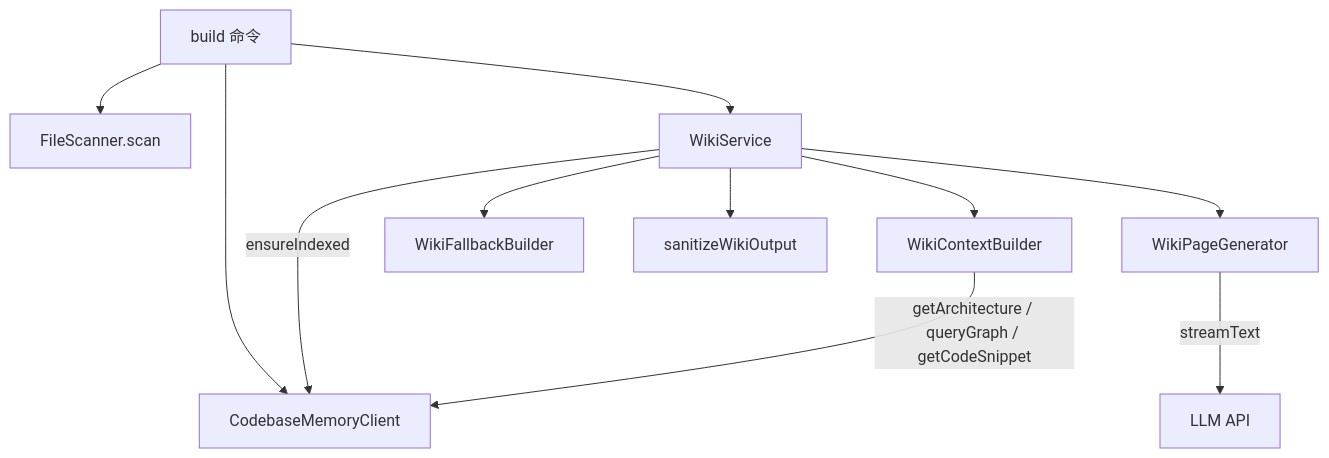
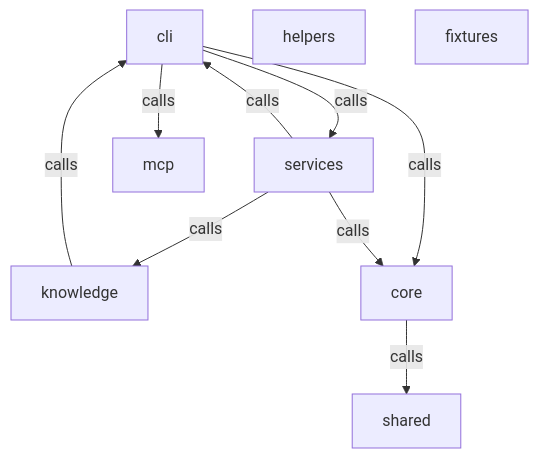
Before and after one commit to shawicx/scx-wiki-agent: the diagram in .wiki/02-architecture/architecture.md, drawn with Mermaid. The commit also changed other lines of this file and 48 other files, not shown here.

Commit message:
feat: 引入证据锚定、薄证据补强与图表闸门等 wiki 质量机制并清理旧管线死代码

````diff
--- a/.wiki/02-architecture/architecture.md
+++ b/.wiki/02-architecture/architecture.md
@@ -43,11 +30,20 @@
 ```mermaid
 graph TD
-    build[build 命令] --> scanner[FileScanner.scan]
-    build --> client[CodebaseMemoryClient]
-    build --> wikiSvc[WikiService]
-    wikiSvc -->|ensureIndexed| client
-    wikiSvc --> ctx[WikiContextBuilder] -->|getArchitecture / queryGraph / getCodeSnippet| client
-    wikiSvc --> gen[WikiPageGenerator] -->|streamText| llm[LLM API]
-    wikiSvc --> fb[WikiFallbackBuilder]
-    wikiSvc --> san[sanitizeWikiOutput]
+    cli[cli]
+    services[services]
+    knowledge[knowledge]
+    core[core]
+    mcp[mcp]
+    shared[shared]
+    helpers[helpers]
+    fixtures[fixtures]
+
+    cli -->|calls| services
+    cli -->|calls| core
+    cli -->|calls| mcp
+    services -->|calls| knowledge
+    services -->|calls| core
+    services -->|calls| cli
+    knowledge -->|calls| cli
+    core -->|calls| shared
 ```
````
